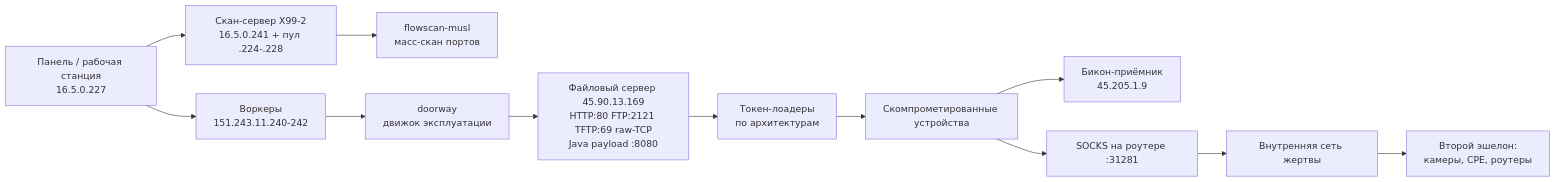
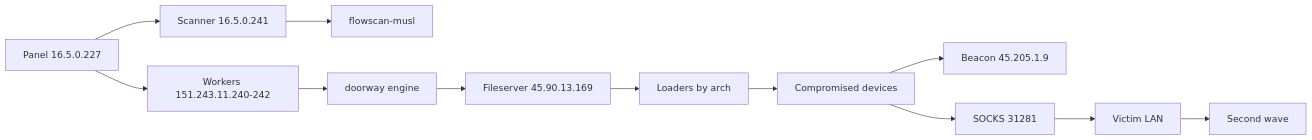
One commit to krevetkqqq/iot-botnet-anatomy changed the first of 2 diagrams in README.md. Above: the diagram before and after it, drawn with Mermaid. The commit also changed other lines of this file and 2 other files, not shown here.

Commit message:
EN README, CVE inventory с продуктами/CVSS, поправлены сокращения

````diff
--- a/README.md
+++ b/README.md
@@ -38,14 +40,14 @@
 ```mermaid
 flowchart LR
-    A["Панель / рабочая станция<br/>16.5.0.227"] --> B["Скан-сервер X99-2<br/>16.5.0.241 + пул .224-.228"]
-    A --> C["Воркеры<br/>151.243.11.240-242"]
-    B --> D["flowscan-musl<br/>масс-скан портов"]
-    C --> E["doorway<br/>движок эксплуатации"]
-    E --> F["Файловый сервер 45.90.13.169<br/>HTTP:80 FTP:2121 TFTP:69 raw-TCP<br/>Java payload :8080"]
-    F --> G["Токен-лоадеры<br/>по архитектурам"]
-    G --> H["Скомпрометированные устройства"]
-    H --> I["Бикон-приёмник<br/>45.205.1.9"]
-    H --> J["SOCKS на роутере :31281"]
-    J --> K["Внутренняя сеть жертвы"]
-    K --> L["Второй эшелон:<br/>камеры, CPE, роутеры"]
+    A[Panel 16.5.0.227] --> B[Scanner 16.5.0.241]
+    A --> C[Workers 151.243.11.240-242]
+    B --> D[flowscan-musl]
+    C --> E[doorway engine]
+    E --> F[Fileserver 45.90.13.169]
+    F --> G[Loaders by arch]
+    G --> H[Compromised devices]
+    H --> I[Beacon 45.205.1.9]
+    H --> J[SOCKS 31281]
+    J --> K[Victim LAN]
+    K --> L[Second wave]
 ```
````
